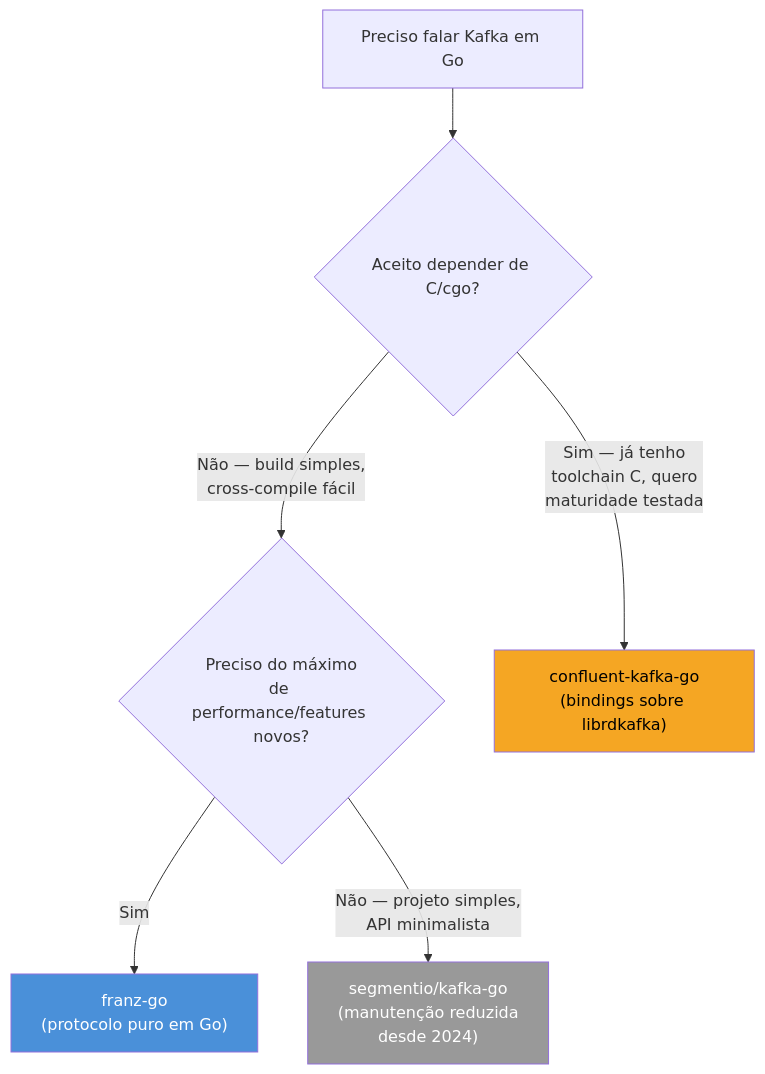
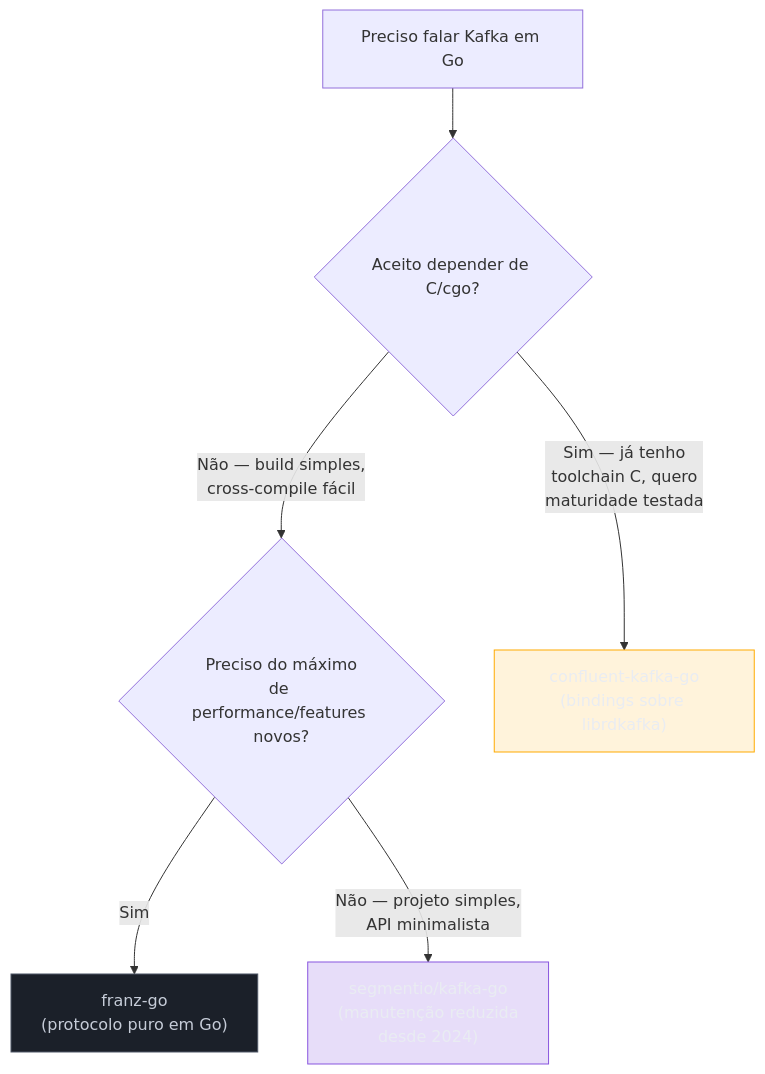
Before and after one commit to josenaldo/codex-technomanticus: the first of 2 diagrams in 03-Dominios/Tecnologia/Go/13 - Mensageria/02 - Kafka em Go.md, drawn with Mermaid. The commit also changed 1181 other files, not shown here.

First line of the commit message:
fix(diagramas): paleta do sistema no lugar de cor cravada no markdown

````diff
--- a/03-Dominios/Tecnologia/Go/13 - Mensageria/02 - Kafka em Go.md
+++ b/03-Dominios/Tecnologia/Go/13 - Mensageria/02 - Kafka em Go.md
@@ -34,12 +34,15 @@
 ```mermaid
 flowchart TD
+    classDef neutro fill:#1B2029,stroke:#4E5666,color:#C6CCD8
+    classDef destaque fill:#FFAA0024,stroke:#FFAA00,color:#E9ECF2
+    classDef marca fill:#8855DF33,stroke:#8855DF,color:#E9ECF2
     A["Preciso falar Kafka em Go"] --> B{"Aceito depender de C/cgo?"}
     B -->|"Não — build simples,\ncross-compile fácil"| C{"Preciso do máximo\nde performance/features novos?"}
     B -->|"Sim — já tenho\ntoolchain C, quero\nmaturidade testada"| D["confluent-kafka-go\n(bindings sobre librdkafka)"]
     C -->|"Sim"| E["franz-go\n(protocolo puro em Go)"]
     C -->|"Não — projeto simples,\nAPI minimalista"| F["segmentio/kafka-go\n(manutenção reduzida\ndesde 2024)"]
 
-    style E fill:#4A90D9,color:#fff
-    style D fill:#F5A623,color:#000
-    style F fill:#999,color:#fff
+    class E neutro
+    class D destaque
+    class F marca
 ```
````
